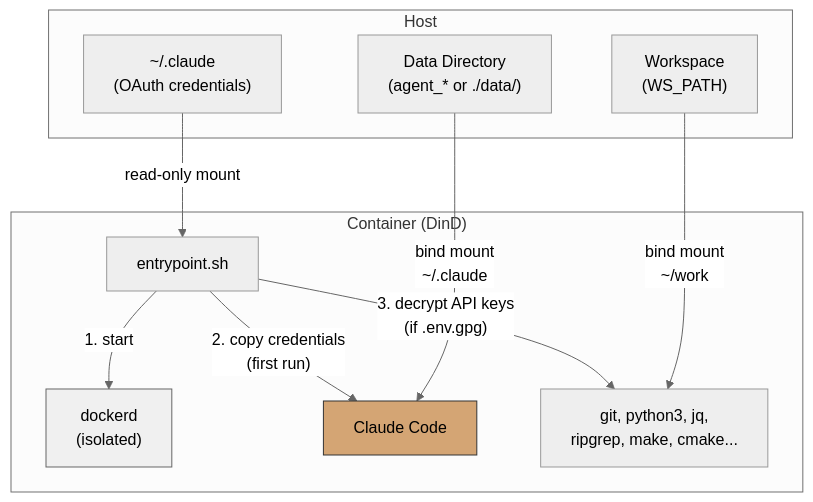
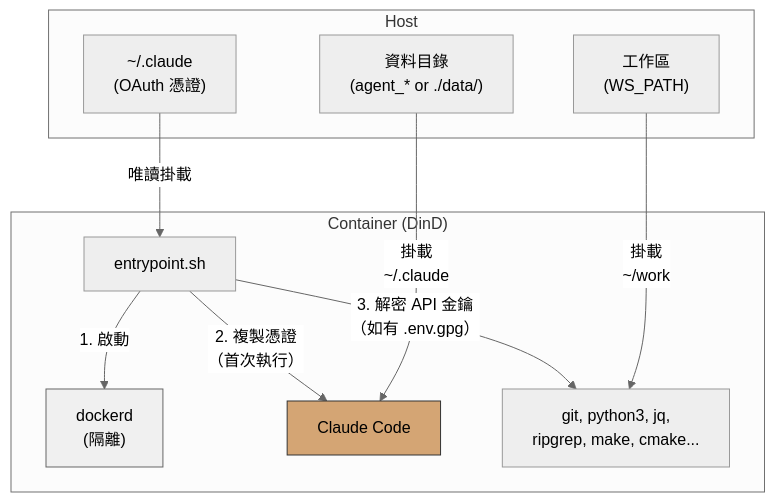
The first of 3 diagrams in doc/README.zh-TW.md (ycpss91255-docker/claude_code), drawn with Mermaid (neutral theme) before and after one commit. The commit also changed other lines of this file and 2 other files, not shown here.

Commit message:
docs: keep 'smoke test' as proper noun in i18n
Do not translate 'smoke test' — it is a proper noun.

````diff
--- a/doc/README.zh-TW.md
+++ b/doc/README.zh-TW.md
@@ -42,26 +42,26 @@
 ```mermaid
 graph TB
     subgraph Host
-        H_OAuth["~/.claude<br/>(OAuth credentials)"]
-        H_WS["Workspace<br/>(WS_PATH)"]
-        H_Data["Data Directory<br/>(agent_* or ./data/)"]
+        H_OAuth["~/.claude<br/>(OAuth 憑證)"]
+        H_WS["工作區<br/>(WS_PATH)"]
+        H_Data["資料目錄<br/>(agent_* or ./data/)"]
     end
 
     subgraph "Container (DinD)"
         EP["entrypoint.sh"]
-        DinD["dockerd<br/>(isolated)"]
+        DinD["dockerd<br/>(隔離)"]
         Claude["Claude Code"]
         Tools["git, python3, jq,<br/>ripgrep, make, cmake..."]
 
-        EP -->|"1. start"| DinD
-        EP -->|"2. copy credentials<br/>(first run)"| Claude
-        EP -->|"3. decrypt API keys<br/>(if .env.gpg)"| Tools
+        EP -->|"1. 啟動"| DinD
+        EP -->|"2. 複製憑證<br/>（首次執行）"| Claude
+        EP -->|"3. 解密 API 金鑰<br/>（如有 .env.gpg）"| Tools
     end
 
-    H_OAuth -->|"read-only mount"| EP
-    H_WS -->|"bind mount<br/>~/work"| Tools
-    H_Data -->|"bind mount<br/>~/.claude"| Claude
+    H_OAuth -->|"唯讀掛載"| EP
+    H_WS -->|"掛載<br/>~/work"| Tools
+    H_Data -->|"掛載<br/>~/.claude"| Claude
 
     style DinD fill:#f0f0f0,stroke:#666
     style Claude fill:#d4a574,stroke:#333
 ```
````
